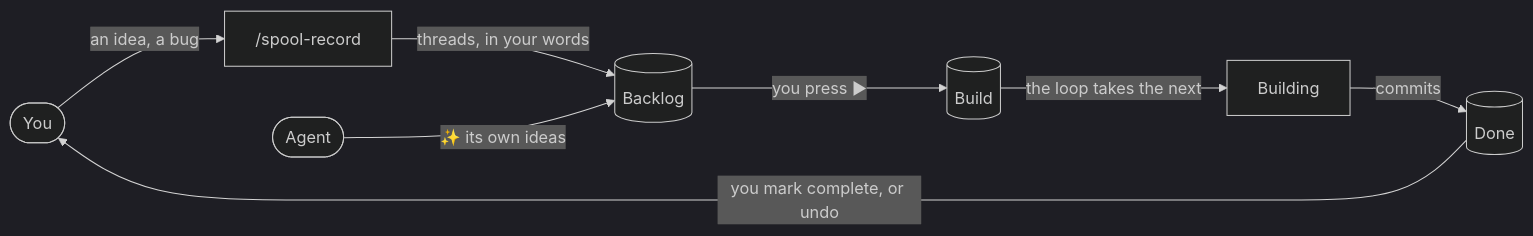
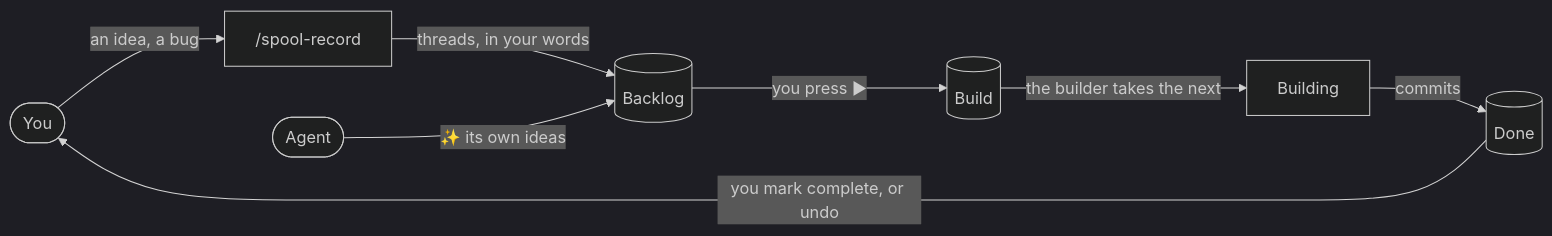
Before and after one commit to danielportnov/spool: the diagram in docs/how-it-works.md, drawn with Mermaid (dark theme). The commit also changed other lines of this file and 7 other files, not shown here.

First line of the commit message:
/spool-loop makes this chat the builder: it says so to the board, builds what is in Build several at once, and watches; a quarter of the length

````diff
--- a/docs/how-it-works.md
+++ b/docs/how-it-works.md
@@ -9,10 +9,10 @@
 ```mermaid
 flowchart LR
   you(["You"]) -- "an idea, a bug" --> rec["/spool-record"]
   rec -- "threads, in your words" --> back[("Backlog")]
   agent(["Agent"]) -- "✨ its own ideas" --> back
   back -- "you press ▶" --> build[("Build")]
-  build -- "the loop takes the next" --> doing["Building"]
+  build -- "the builder takes the next" --> doing["Building"]
   doing -- "commits" --> done[("Done")]
   done -- "you mark complete, or undo" --> you
 ```
````
